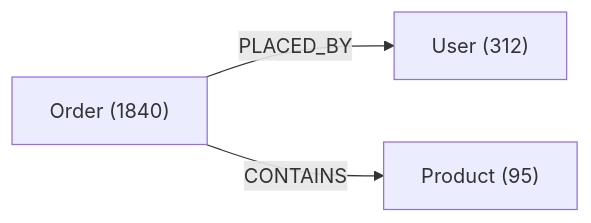
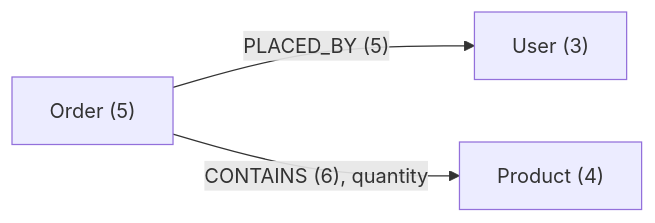
The diagram in docs/learn/agent-memory/schema-self-awareness.mdx (rush-db/docs), drawn with Mermaid before and after one commit. The commit also changed other lines of this file and 623 other files, not shown here.

````diff
--- a/docs/learn/agent-memory/schema-self-awareness.mdx
+++ b/docs/learn/agent-memory/schema-self-awareness.mdx
@@ -31,9 +32,9 @@
 ```mermaid
 graph LR
-    O["Order (1840)"]
-    U["User (312)"]
-    P["Product (95)"]
+    O["Order (5)"]
+    U["User (3)"]
+    P["Product (4)"]
 
-    O -->|PLACED_BY| U
-    O -->|CONTAINS| P
+    O -->|"PLACED_BY (5)"| U
+    O -->|"CONTAINS (6), quantity"| P
 ```
````
